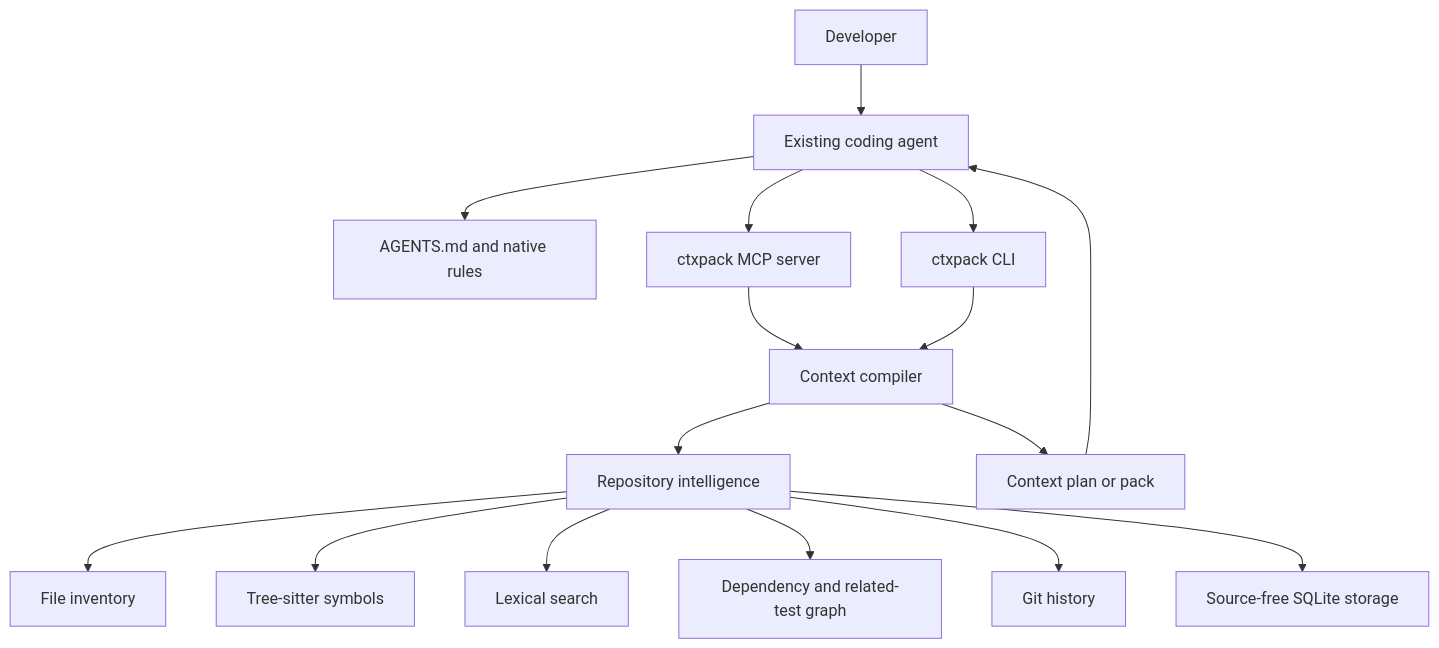
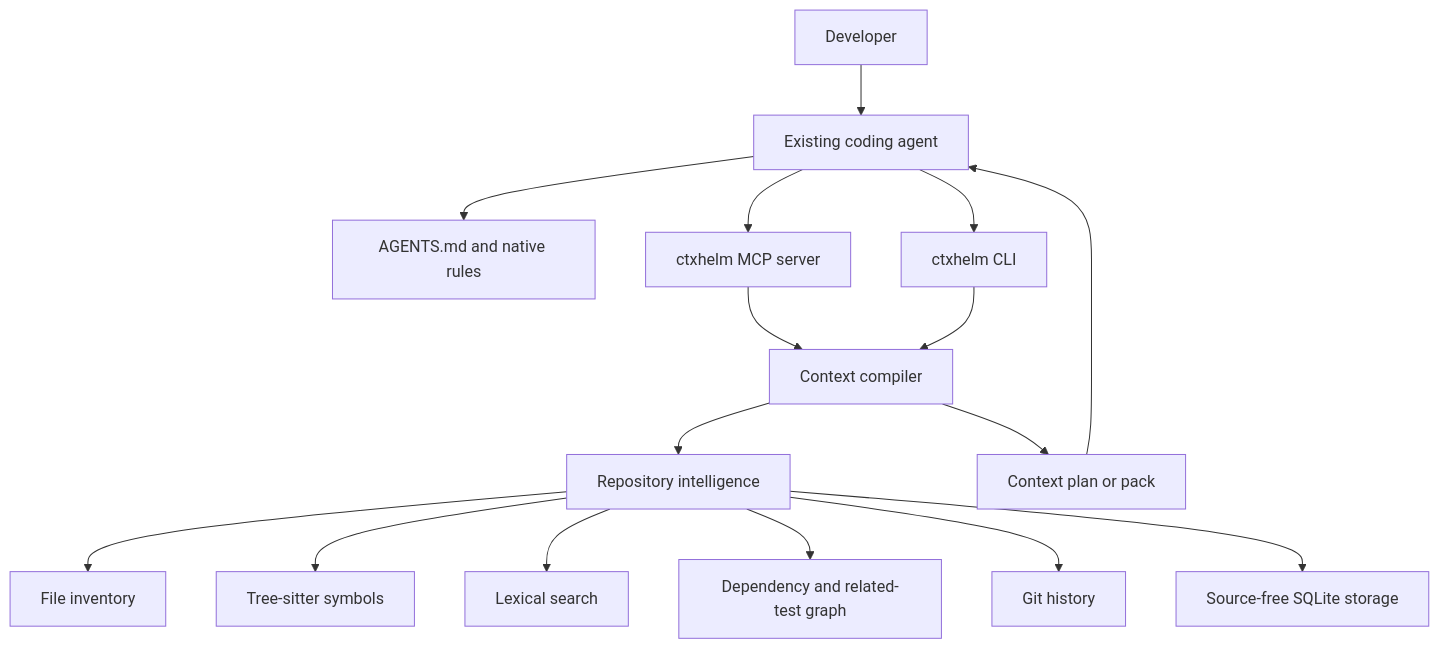
The first of 6 diagrams in docs/architecture.md (thromel/ctxhelm), drawn with Mermaid before and after one commit. The commit also changed other lines of this file and 922 other files, not shown here.

````diff
--- a/docs/architecture.md
+++ b/docs/architecture.md
@@ -11,18 +11,18 @@
 ```mermaid
 flowchart TD
   User["Developer"] --> Agent["Existing coding agent"]
   Agent --> Static["AGENTS.md and native rules"]
-  Agent --> MCP["ctxpack MCP server"]
-  Agent --> CLI["ctxpack CLI"]
+  Agent --> MCP["ctxhelm MCP server"]
+  Agent --> CLI["ctxhelm CLI"]
   MCP --> Compiler["Context compiler"]
   CLI --> Compiler
   Compiler --> Index["Repository intelligence"]
   Index --> Inventory["File inventory"]
   Index --> Symbols["Tree-sitter symbols"]
   Index --> Lexical["Lexical search"]
   Index --> Graph["Dependency and related-test graph"]
   Index --> History["Git history"]
   Index --> Storage["Source-free SQLite storage"]
   Compiler --> Pack["Context plan or pack"]
   Pack --> Agent
 ```
````
